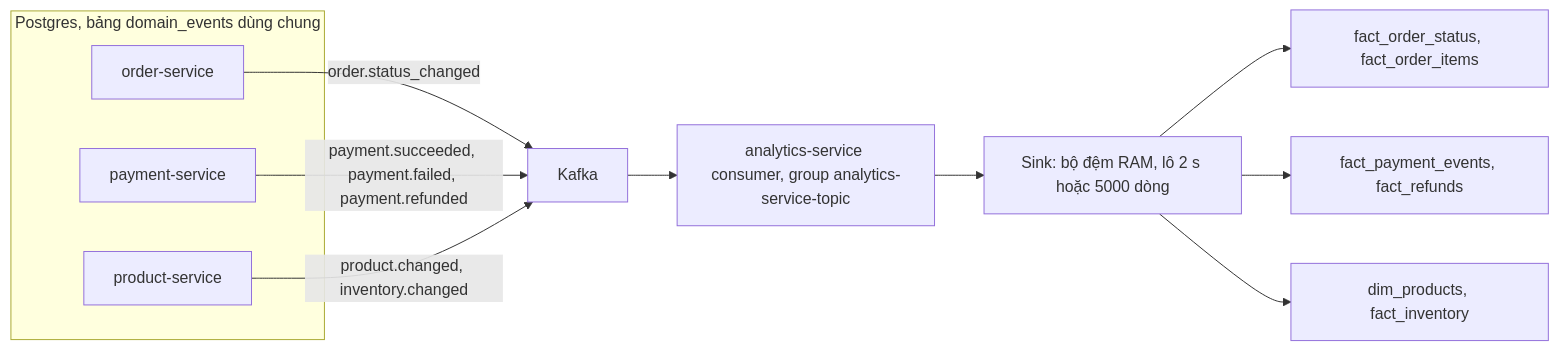
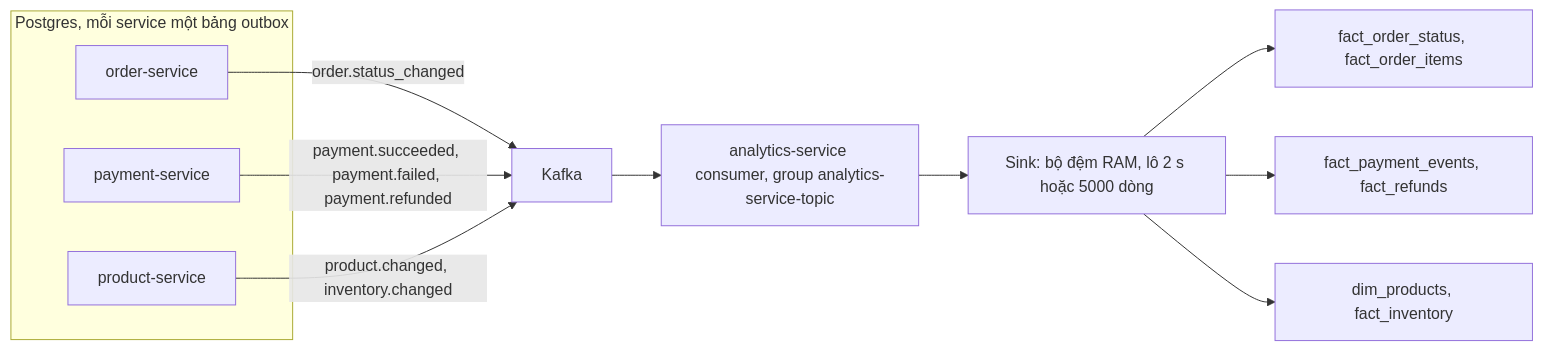
Before and after one commit to khoatran18/mini-marketplace: the eighth of 9 diagrams in docs/design/02_DATA_MODEL.md, drawn with Mermaid. The commit also changed other lines of this file and 13 other files, not shown here.

Commit message:
docs: ADR-34 per-service outbox, runbook and data model updates

````diff
--- a/docs/design/02_DATA_MODEL.md
+++ b/docs/design/02_DATA_MODEL.md
@@ -354,16 +354,16 @@
 ```mermaid
 flowchart LR
-  subgraph PG["Postgres, bảng domain_events dùng chung"]
+  subgraph PG["Postgres, mỗi service một bảng outbox"]
     OS["order-service"]
     PS["payment-service"]
     PR["product-service"]
   end
   OS -->|"order.status_changed"| KF["Kafka"]
   PS -->|"payment.succeeded, payment.failed, payment.refunded"| KF
   PR -->|"product.changed, inventory.changed"| KF
   KF --> AN["analytics-service consumer, group analytics-service-topic"]
   AN --> SK["Sink: bộ đệm RAM, lô 2 s hoặc 5000 dòng"]
   SK --> T1["fact_order_status, fact_order_items"]
   SK --> T2["fact_payment_events, fact_refunds"]
   SK --> T3["dim_products, fact_inventory"]
 ```
````
